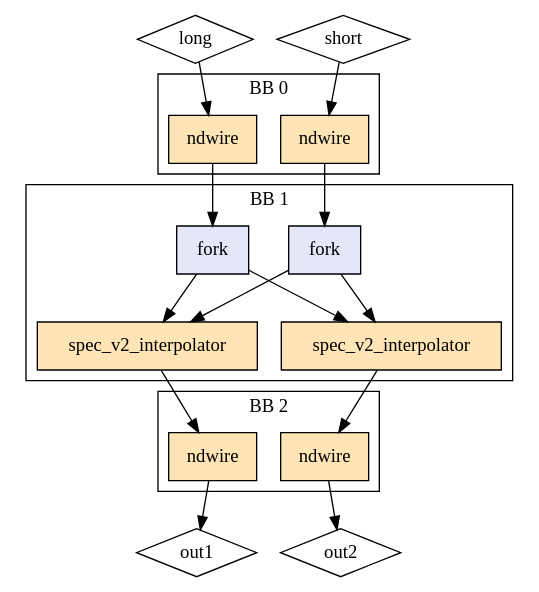
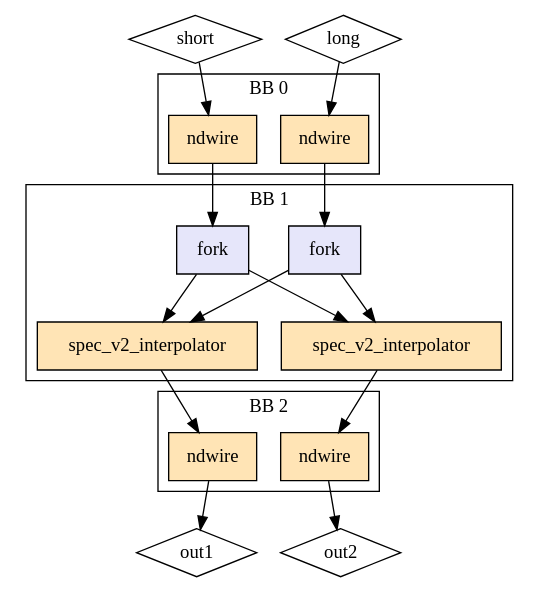
One commit to EPFL-LAP/dynamatic changed the diagram in experimental/tools/elastic-miter/out/interpolatorForkSwap/rhs_reachability/model.dot. Above: the diagram before and after it, drawn with Graphviz. The commit also changed 939 other files, not shown here.

```diff
--- a/experimental/tools/elastic-miter/out/interpolatorForkSwap/rhs_reachability/model.dot
+++ b/experimental/tools/elastic-miter/out/interpolatorForkSwap/rhs_reachability/model.dot
@@ -1,37 +1,37 @@
 Digraph G {
   splines=spline
   compound=true
+  "short" ["style"="solid", "shape"="diamond", "label"="short", "mlir_op"="handshake.func"]
   "long" ["style"="solid", "shape"="diamond", "label"="long", "mlir_op"="handshake.func"]
-  "short" ["style"="solid", "shape"="diamond", "label"="short", "mlir_op"="handshake.func"]
   "out1" ["style"="solid", "shape"="diamond", "label"="out1", "mlir_op"="handshake.func"]
   "out2" ["style"="solid", "shape"="diamond", "label"="out2", "mlir_op"="handshake.func"]
-  "long" -> "ndw_in_long" ["dir"="both", "style"="solid", "arrowhead"="normal", "from_idx"="0", "to"="ins", "arrowtail"="none", "from"="long", "to_idx"="0"]
-  "short" -> "ndw_in_short" ["dir"="both", "style"="solid", "arrowhead"="normal", "from_idx"="1", "to"="ins", "arrowtail"="none", "from"="short", "to_idx"="0"]
+  "short" -> "ndw_in_short" ["dir"="both", "style"="solid", "arrowhead"="normal", "from_idx"="0", "to"="ins", "arrowtail"="none", "from"="short", "to_idx"="0"]
+  "long" -> "ndw_in_long" ["dir"="both", "style"="solid", "arrowhead"="normal", "from_idx"="1", "to"="ins", "arrowtail"="none", "from"="long", "to_idx"="0"]
+  "ndw_in_short" -> "fork_short" ["dir"="both", "style"="solid", "arrowhead"="normal", "from_idx"="0", "to"="ins", "arrowtail"="none", "from"="outs", "to_idx"="0"]
   "ndw_in_long" -> "fork_long" ["dir"="both", "style"="solid", "arrowhead"="normal", "from_idx"="0", "to"="ins", "arrowtail"="none", "from"="outs", "to_idx"="0"]
-  "ndw_in_short" -> "fork_short" ["dir"="both", "style"="solid", "arrowhead"="normal", "from_idx"="0", "to"="ins", "arrowtail"="none", "from"="outs", "to_idx"="0"]
   "ndw_out_out1" -> "out1" ["dir"="both", "style"="solid", "arrowhead"="normal", "from_idx"="0", "to"="out1", "arrowtail"="none", "from"="outs", "to_idx"="0"]
   "ndw_out_out2" -> "out2" ["dir"="both", "style"="solid", "arrowhead"="normal", "from_idx"="0", "to"="out2", "arrowtail"="none", "from"="outs", "to_idx"="1"]
   "interpolator1" -> "ndw_out_out1" ["dir"="both", "style"="solid", "arrowhead"="normal", "from_idx"="0", "to"="ins", "arrowtail"="none", "from"="result", "to_idx"="0"]
   "interpolator2" -> "ndw_out_out2" ["dir"="both", "style"="solid", "arrowhead"="normal", "from_idx"="0", "to"="ins", "arrowtail"="none", "from"="result", "to_idx"="0"]
   subgraph cluster0 {
     graph ["label"="BB 0"]
+    "ndw_in_short" ["style"="filled", "fillcolor"="moccasin", "shape"="box", "label"="ndwire", "mlir_op"="handshake.ndwire"]
     "ndw_in_long" ["style"="filled", "fillcolor"="moccasin", "shape"="box", "label"="ndwire", "mlir_op"="handshake.ndwire"]
-    "ndw_in_short" ["style"="filled", "fillcolor"="moccasin", "shape"="box", "label"="ndwire", "mlir_op"="handshake.ndwire"]
   }
   subgraph cluster2 {
     graph ["label"="BB 2"]
     "ndw_out_out1" ["style"="filled", "fillcolor"="moccasin", "shape"="box", "label"="ndwire", "mlir_op"="handshake.ndwire"]
     "ndw_out_out2" ["style"="filled", "fillcolor"="moccasin", "shape"="box", "label"="ndwire", "mlir_op"="handshake.ndwire"]
   }
   subgraph cluster1 {
     graph ["label"="BB 1"]
     "fork_short" ["style"="filled", "fillcolor"="lavender", "shape"="box", "label"="fork", "mlir_op"="handshake.fork"]
     "fork_long" ["style"="filled", "fillcolor"="lavender", "shape"="box", "label"="fork", "mlir_op"="handshake.fork"]
     "interpolator1" ["style"="filled", "fillcolor"="moccasin", "shape"="box", "label"="spec_v2_interpolator", "mlir_op"="handshake.spec_v2_interpolator"]
     "interpolator2" ["style"="filled", "fillcolor"="moccasin", "shape"="box", "label"="spec_v2_interpolator", "mlir_op"="handshake.spec_v2_interpolator"]
     "fork_short" -> "interpolator1" ["dir"="both", "style"="solid", "arrowhead"="normal", "from_idx"="0", "to"="short", "arrowtail"="none", "from"="outs_0", "to_idx"="0"]
     "fork_short" -> "interpolator2" ["dir"="both", "style"="solid", "arrowhead"="normal", "from_idx"="1", "to"="short", "arrowtail"="none", "from"="outs_1", "to_idx"="0"]
     "fork_long" -> "interpolator1" ["dir"="both", "style"="solid", "arrowhead"="normal", "from_idx"="0", "to"="long", "arrowtail"="none", "from"="outs_0", "to_idx"="1"]
     "fork_long" -> "interpolator2" ["dir"="both", "style"="solid", "arrowhead"="normal", "from_idx"="1", "to"="long", "arrowtail"="none", "from"="outs_1", "to_idx"="1"]
   }
 }
```
